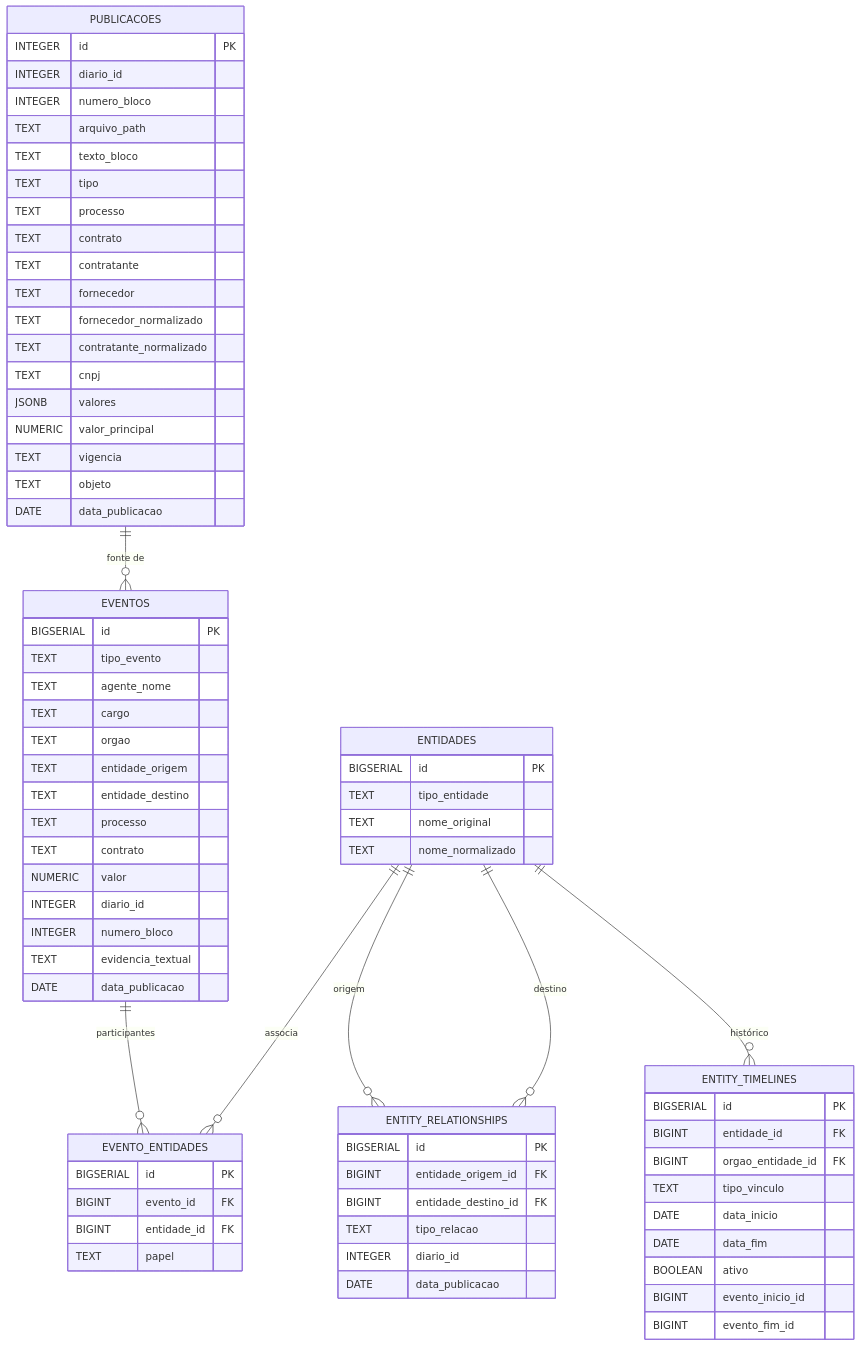
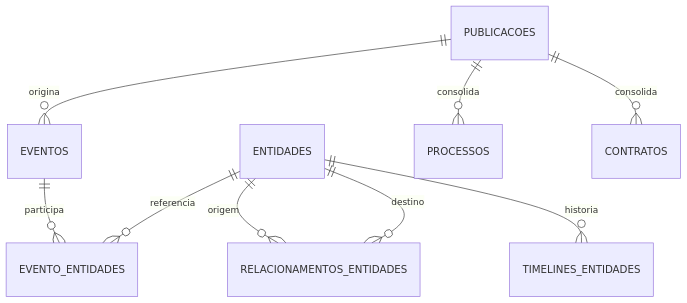
Before and after one commit to mthrodrigues/diario_processor: the second of 8 diagrams in documentacao_tecnica.md, drawn with Mermaid. The commit also changed other lines of this file and 19 other files, not shown here.

Commit message:
feat(arquitetura): consolida processos, contratos e documentação da arquitetura

````diff
--- a/documentacao_tecnica.md
+++ b/documentacao_tecnica.md
@@ -708,77 +197,11 @@
 ```mermaid
 erDiagram
-    PUBLICACOES {
-        INTEGER id PK
-        INTEGER diario_id
-        INTEGER numero_bloco
-        TEXT arquivo_path
-        TEXT texto_bloco
-        TEXT tipo
-        TEXT processo
-        TEXT contrato
-        TEXT contratante
-        TEXT fornecedor
-        TEXT fornecedor_normalizado
-        TEXT contratante_normalizado
-        TEXT cnpj
-        JSONB valores
-        NUMERIC valor_principal
-        TEXT vigencia
-        TEXT objeto
-        DATE data_publicacao
-    }
-    EVENTOS {
-        BIGSERIAL id PK
-        TEXT tipo_evento
-        TEXT agente_nome
-        TEXT cargo
-        TEXT orgao
-        TEXT entidade_origem
-        TEXT entidade_destino
-        TEXT processo
-        TEXT contrato
-        NUMERIC valor
-        INTEGER diario_id
-        INTEGER numero_bloco
-        TEXT evidencia_textual
-        DATE data_publicacao
-    }
-    ENTIDADES {
-        BIGSERIAL id PK
-        TEXT tipo_entidade
-        TEXT nome_original
-        TEXT nome_normalizado
-    }
-    EVENTO_ENTIDADES {
-        BIGSERIAL id PK
-        BIGINT evento_id FK
-        BIGINT entidade_id FK
-        TEXT papel
-    }
-    ENTITY_RELATIONSHIPS {
-        BIGSERIAL id PK
-        BIGINT entidade_origem_id FK
-        BIGINT entidade_destino_id FK
-        TEXT tipo_relacao
-        INTEGER diario_id
-        DATE data_publicacao
-    }
-    ENTITY_TIMELINES {
-        BIGSERIAL id PK
-        BIGINT entidade_id FK
-        BIGINT orgao_entidade_id FK
-        TEXT tipo_vinculo
-        DATE data_inicio
-        DATE data_fim
-        BOOLEAN ativo
-        BIGINT evento_inicio_id
-        BIGINT evento_fim_id
-    }
-
-    PUBLICACOES ||--o{ EVENTOS : "fonte de"
-    EVENTOS ||--o{ EVENTO_ENTIDADES : "participantes"
-    ENTIDADES ||--o{ EVENTO_ENTIDADES : "associa"
-    ENTIDADES ||--o{ ENTITY_RELATIONSHIPS : "origem"
-    ENTIDADES ||--o{ ENTITY_RELATIONSHIPS : "destino"
-    ENTIDADES ||--o{ ENTITY_TIMELINES : "histórico"
+    PUBLICACOES ||--o{ EVENTOS : origina
+    EVENTOS ||--o{ EVENTO_ENTIDADES : participa
+    ENTIDADES ||--o{ EVENTO_ENTIDADES : referencia
+    ENTIDADES ||--o{ RELACIONAMENTOS_ENTIDADES : origem
+    ENTIDADES ||--o{ RELACIONAMENTOS_ENTIDADES : destino
+    ENTIDADES ||--o{ TIMELINES_ENTIDADES : historia
+    PUBLICACOES ||--o{ PROCESSOS : consolida
+    PUBLICACOES ||--o{ CONTRATOS : consolida
 ```
````
